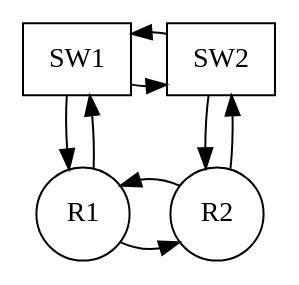
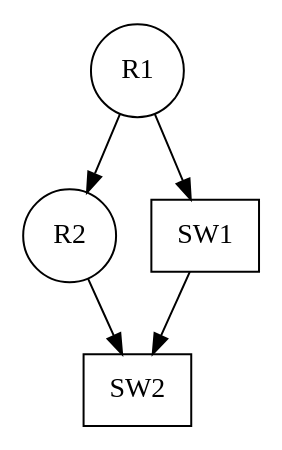
The diagram in Automation/TopologyDrawer/output/AutomaticGraph.gv (Spatgetto/NetworkingLabs), drawn with Graphviz before and after one commit. The commit also changed 2 other files, not shown here.

Commit message:
Refactor topology graph generation and simplify output format in AutomaticGraph.gv

```diff
--- a/Automation/TopologyDrawer/output/AutomaticGraph.gv
+++ b/Automation/TopologyDrawer/output/AutomaticGraph.gv
@@ -1,21 +1,11 @@
 // Automatic Topology Diagram
 digraph {
-	{
-		rank=same
-		SW1 [shape=box]
-		SW2 [shape=box]
-	}
-	{
-		rank=same
-		R1 [shape=circle]
-		R2 [shape=circle]
-	}
+	R1 [shape=circle]
+	R2 [shape=circle]
+	SW1 [shape=box]
+	SW2 [shape=box]
 	R1 -> R2
 	R1 -> SW1
-	R2 -> R1
 	R2 -> SW2
-	SW1 -> R1
 	SW1 -> SW2
-	SW2 -> R2
-	SW2 -> SW1
 }
```
